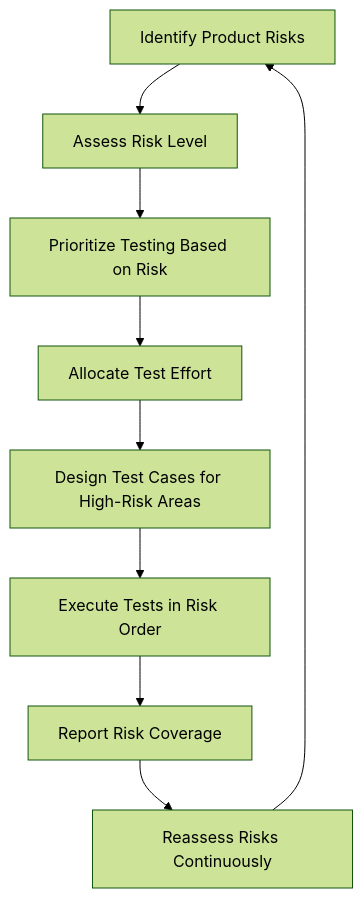
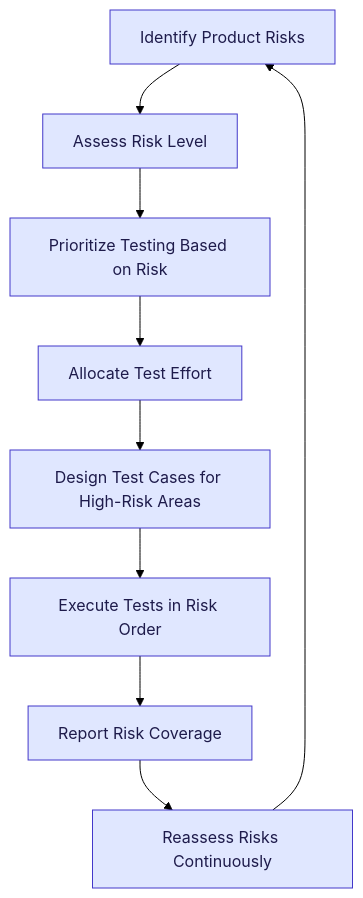
One commit to ghanendra-sdet/manual-testing-playbook changed the third of 6 diagrams in Part_12_QA_Best_Practices_Modern_Trends.md. Above: the diagram before and after it, drawn with Mermaid (forest theme). The commit also changed other lines of this file and 15 other files, not shown here.

Commit message:
Fix broken routes and anchors; update OWASP 2025, ISTQB v4.0, WCAG 2.2, Jira/Zephyr naming and pricing; style diagrams

````diff
--- a/Part_12_QA_Best_Practices_Modern_Trends.md
+++ b/Part_12_QA_Best_Practices_Modern_Trends.md
@@ -344,11 +344,18 @@
 ```mermaid
 flowchart TD
     A["Identify Product Risks"] --> B["Assess Risk Level"]
     B --> C["Prioritize Testing Based on Risk"]
     C --> D["Allocate Test Effort"]
     D --> E["Design Test Cases for High-Risk Areas"]
     E --> F["Execute Tests in Risk Order"]
     F --> G["Report Risk Coverage"]
     G --> H["Reassess Risks Continuously"]
     H --> A
+
+    classDef start fill:#dbeafe,stroke:#1d4ed8,color:#1e3a8a
+    classDef step fill:#e0e7ff,stroke:#4338ca,color:#1e1b4b
+    classDef decision fill:#fef3c7,stroke:#b45309,color:#78350f
+    classDef good fill:#dcfce7,stroke:#15803d,color:#14532d
+    classDef bad fill:#fee2e2,stroke:#b91c1c,color:#7f1d1d
+    class A,B,C,D,E,F,G,H step
 ```
````
